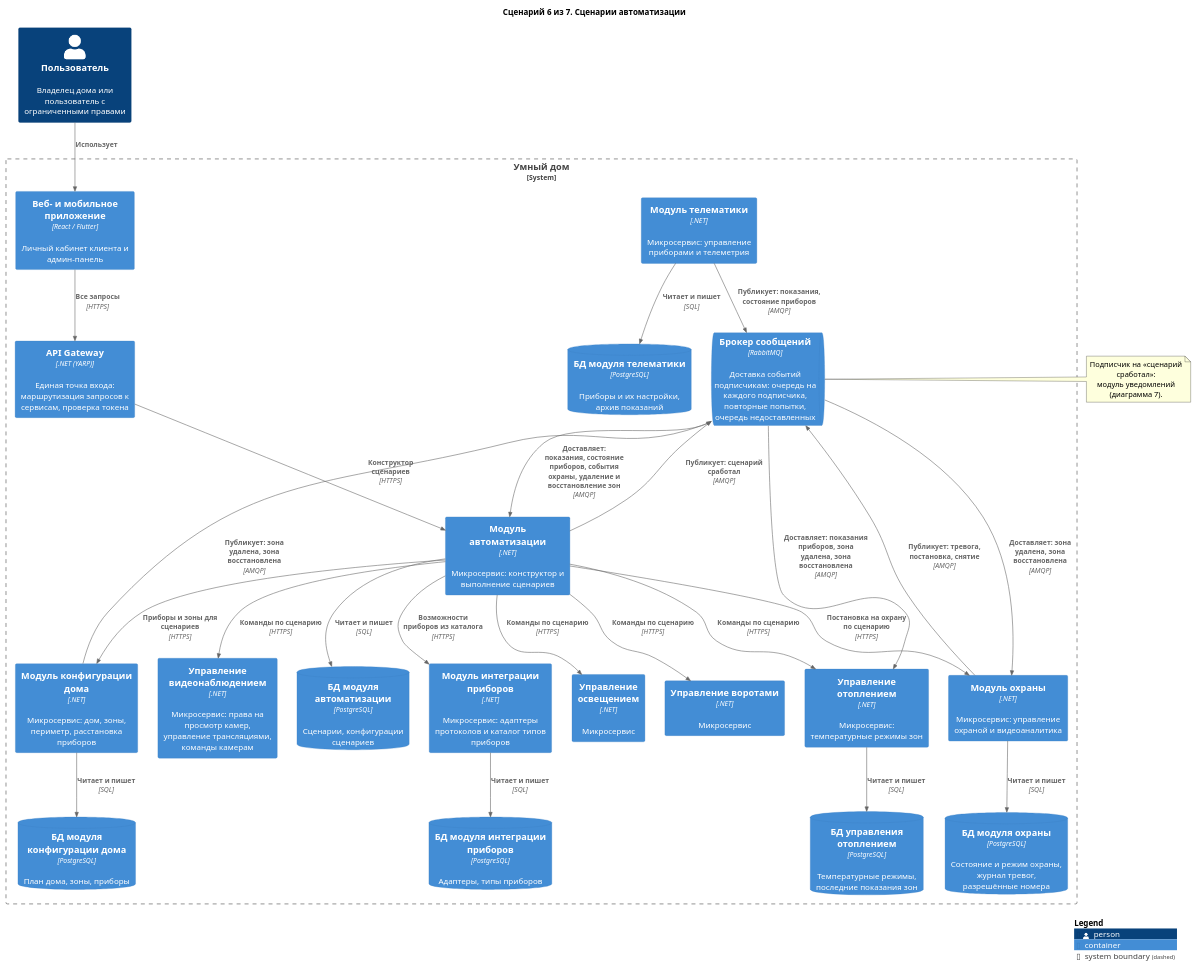
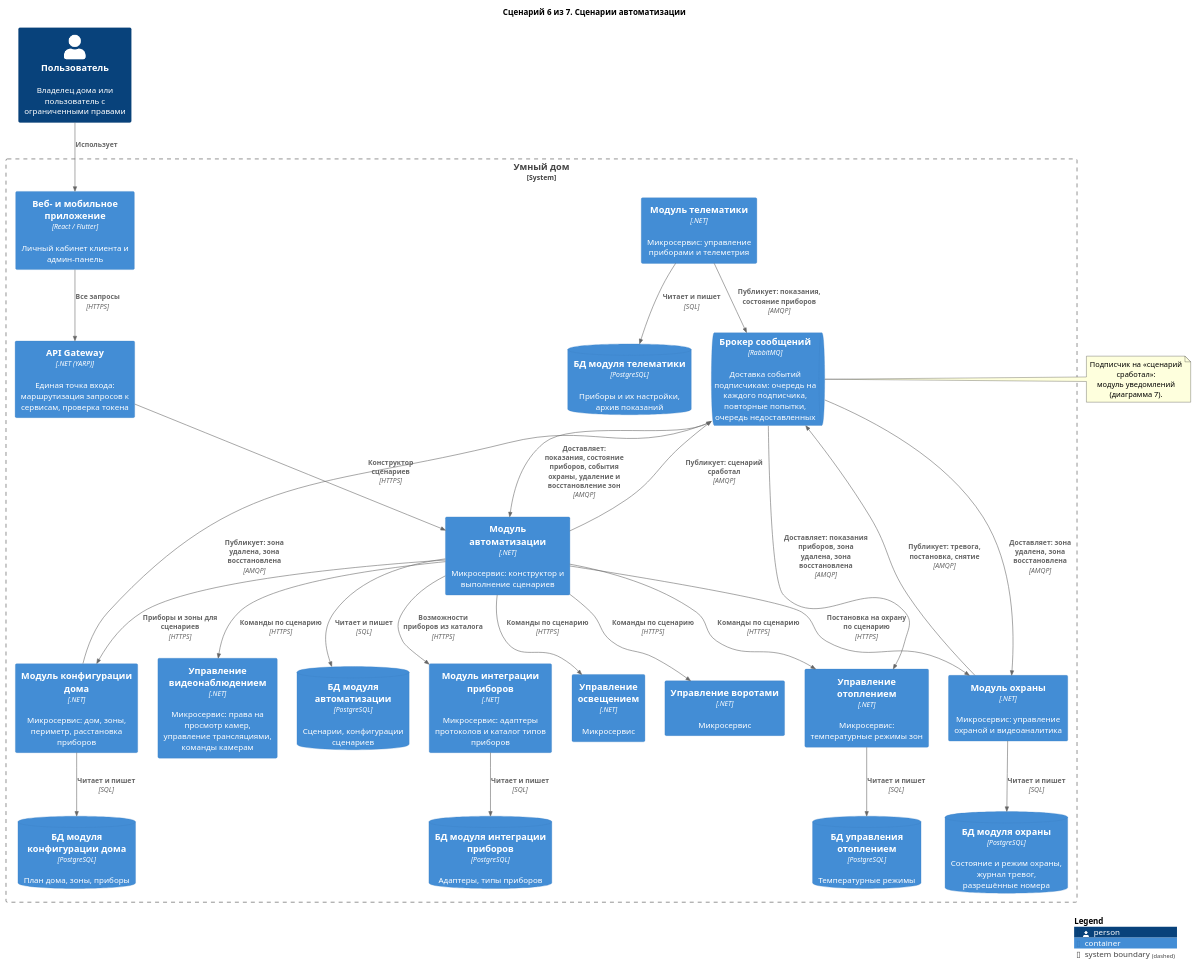
The diagram in diagrams/containers-scenarios/06-automation.puml (Lyamin-av/architecture-warmhouse), drawn with PlantUML before and after one commit. The commit also changed 10 other files, not shown here.

```diff
--- a/diagrams/containers-scenarios/06-automation.puml
+++ b/diagrams/containers-scenarios/06-automation.puml
@@ -1,61 +1,61 @@
 @startuml 06-automation
 !include <C4/C4_Container>
 
 title Сценарий 6 из 7. Сценарии автоматизации
 
 Person(user, "Пользователь", "Владелец дома или пользователь с ограниченными правами")
 
 System_Boundary(Warmhouse, "Умный дом") {
     Container(apps, "Веб- и мобильное приложение", "React / Flutter", "Личный кабинет клиента и админ-панель")
     Container(Gateway, "API Gateway", ".NET (YARP)", "Единая точка входа: маршрутизация запросов к сервисам, проверка токена")
     Container(Automation, "Модуль автоматизации", ".NET", "Микросервис: конструктор и выполнение сценариев")
     Container(HouseConfigurator, "Модуль конфигурации дома", ".NET", "Микросервис: дом, зоны, периметр, расстановка приборов")
     Container(DeviceIntegration, "Модуль интеграции приборов", ".NET", "Микросервис: адаптеры протоколов и каталог типов приборов")
     Container(Heating, "Управление отоплением", ".NET", "Микросервис: температурные режимы зон")
     Container(Lighting, "Управление освещением", ".NET", "Микросервис")
     Container(GateControl, "Управление воротами", ".NET", "Микросервис")
     Container(VideoControl, "Управление видеонаблюдением", ".NET", "Микросервис: права на просмотр камер, управление трансляциями, команды камерам")
     Container(Security, "Модуль охраны", ".NET", "Микросервис: управление охраной и видеоаналитика")
     Container(Telematics, "Модуль телематики", ".NET", "Микросервис: управление приборами и телеметрия")
     ContainerQueue(Broker, "Брокер сообщений", "RabbitMQ", "Доставка событий подписчикам: очередь на каждого подписчика, повторные попытки, очередь недоставленных")
-    ContainerDb(dbHeating, "БД управления отоплением", "PostgreSQL", "Температурные режимы, последние показания зон")
+    ContainerDb(dbHeating, "БД управления отоплением", "PostgreSQL", "Температурные режимы")
     ContainerDb(dbSecurity, "БД модуля охраны", "PostgreSQL", "Состояние и режим охраны, журнал тревог, разрешённые номера")
     ContainerDb(dbTelematics, "БД модуля телематики", "PostgreSQL", "Приборы и их настройки, архив показаний")
     ContainerDb(dbDIS, "БД модуля интеграции приборов", "PostgreSQL", "Адаптеры, типы приборов")
     ContainerDb(dbAuto, "БД модуля автоматизации", "PostgreSQL", "Сценарии, конфигурации сценариев")
     ContainerDb(dbHC, "БД модуля конфигурации дома", "PostgreSQL", "План дома, зоны, приборы")
 }
 
 
 Rel(user, apps, "Использует")
 Rel(apps, Gateway, "Все запросы", "HTTPS")
 Rel(Gateway, Automation, "Конструктор сценариев", "HTTPS")
 Rel(Automation, HouseConfigurator, "Приборы и зоны для сценариев", "HTTPS")
 Rel(Automation, DeviceIntegration, "Возможности приборов из каталога", "HTTPS")
 Rel(Automation, Heating, "Команды по сценарию", "HTTPS")
 Rel(Automation, Lighting, "Команды по сценарию", "HTTPS")
 Rel(Automation, GateControl, "Команды по сценарию", "HTTPS")
 Rel(Automation, VideoControl, "Команды по сценарию", "HTTPS")
 Rel(Automation, Security, "Постановка на охрану по сценарию", "HTTPS")
 Rel(Telematics, Broker, "Публикует: показания, состояние приборов", "AMQP")
 Rel(Security, Broker, "Публикует: тревога, постановка, снятие", "AMQP")
 Rel(Broker, Automation, "Доставляет: показания, состояние приборов, события охраны, удаление и восстановление зон", "AMQP")
 Rel(Automation, Broker, "Публикует: сценарий сработал", "AMQP")
 
 note right of Broker
   Подписчик на «сценарий сработал»:
   модуль уведомлений (диаграмма 7).
 end note
 
 Rel(Heating, dbHeating, "Читает и пишет", "SQL")
 Rel(Security, dbSecurity, "Читает и пишет", "SQL")
 Rel(Telematics, dbTelematics, "Читает и пишет", "SQL")
 Rel(DeviceIntegration, dbDIS, "Читает и пишет", "SQL")
 Rel(Automation, dbAuto, "Читает и пишет", "SQL")
 Rel(HouseConfigurator, dbHC, "Читает и пишет", "SQL")
 Rel(HouseConfigurator, Broker, "Публикует: зона удалена, зона восстановлена", "AMQP")
 Rel(Broker, Heating, "Доставляет: показания приборов, зона удалена, зона восстановлена", "AMQP")
 Rel(Broker, Security, "Доставляет: зона удалена, зона восстановлена", "AMQP")
 
 SHOW_LEGEND()
 @enduml
```
